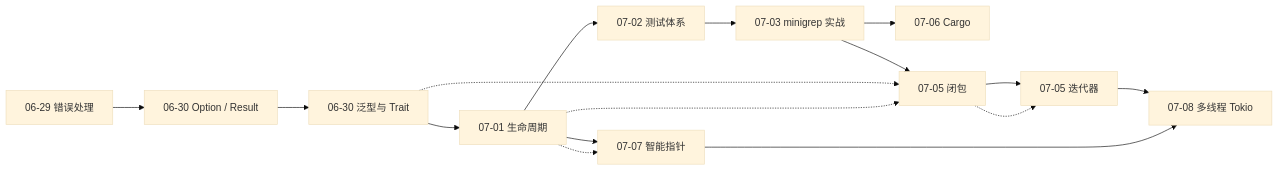
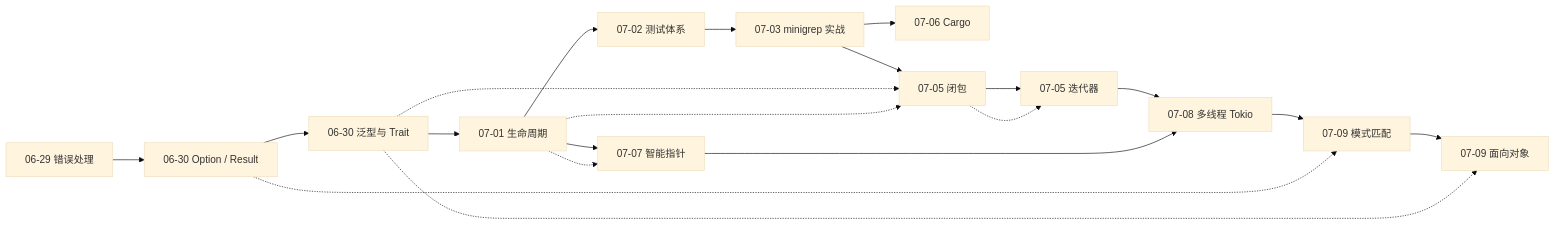
The diagram in README.md (lliusshijjie/Rust_xmind), drawn with Mermaid (base theme) before and after one commit. The commit also changed other lines of this file and 2 other files, not shown here.

Commit message:
Add pattern matching and OOP notes, rename xmind files, update README.

````diff
--- a/README.md
+++ b/README.md
@@ -7,19 +7,23 @@
 ```mermaid
 graph LR
     A["06-29 错误处理"] --> B["06-30 Option / Result"]
     B --> C["06-30 泛型与 Trait"]
     C --> D["07-01 生命周期"]
     D --> E["07-02 测试体系"]
     E --> F["07-03 minigrep 实战"]
     F --> I["07-06 Cargo"]
     F --> G["07-05 闭包"]
     G --> H["07-05 迭代器"]
     H --> J["07-08 多线程 Tokio"]
+    J --> L["07-09 模式匹配"]
+    L --> M["07-09 面向对象"]
     D --> K["07-07 智能指针"]
     K --> J
 
+    B -.-> L
+    C -.-> M
     C -.-> G
     D -.-> G
     G -.-> H
     D -.-> K
 ```
````
